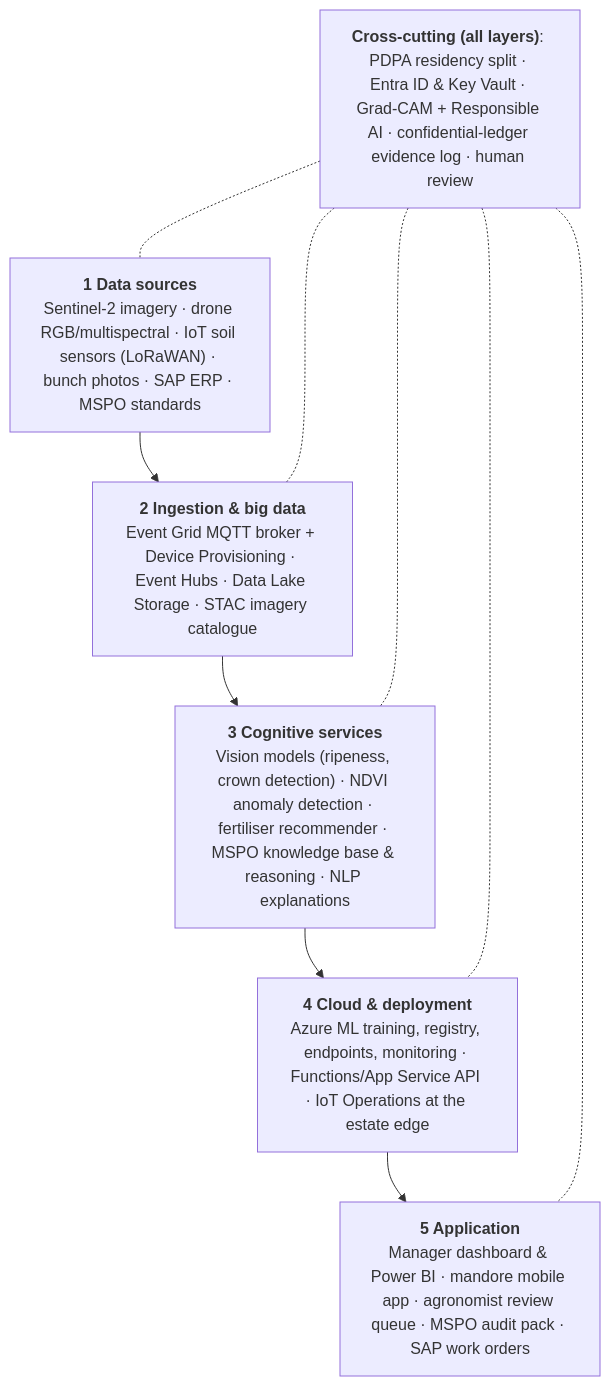
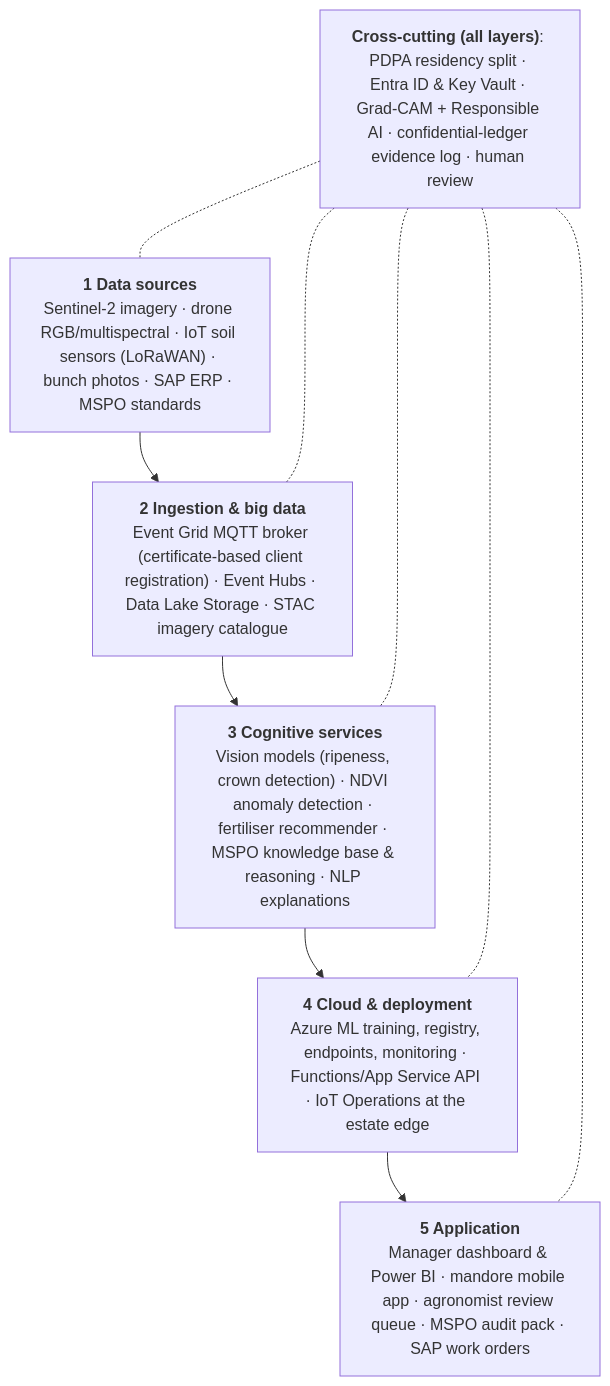
The diagram in 05_report/REPORT.md (finn1282/CCA), drawn with Mermaid before and after one commit. The commit also changed other lines of this file and 3 other files, not shown here.

````diff
--- a/05_report/REPORT.md
+++ b/05_report/REPORT.md
@@ -152,11 +150,11 @@
 ```mermaid
 flowchart TB
   L1["<b>1 Data sources</b><br/>Sentinel-2 imagery · drone RGB/multispectral · IoT soil sensors (LoRaWAN) · bunch photos · SAP ERP · MSPO standards"]
-  L2["<b>2 Ingestion & big data</b><br/>Event Grid MQTT broker + Device Provisioning · Event Hubs · Data Lake Storage · STAC imagery catalogue"]
+  L2["<b>2 Ingestion & big data</b><br/>Event Grid MQTT broker (certificate-based client registration) · Event Hubs · Data Lake Storage · STAC imagery catalogue"]
   L3["<b>3 Cognitive services</b><br/>Vision models (ripeness, crown detection) · NDVI anomaly detection · fertiliser recommender · MSPO knowledge base & reasoning · NLP explanations"]
   L4["<b>4 Cloud & deployment</b><br/>Azure ML training, registry, endpoints, monitoring · Functions/App Service API · IoT Operations at the estate edge"]
   L5["<b>5 Application</b><br/>Manager dashboard & Power BI · mandore mobile app · agronomist review queue · MSPO audit pack · SAP work orders"]
   L1 --> L2 --> L3 --> L4 --> L5
   X["<b>Cross-cutting (all layers)</b>: PDPA residency split · Entra ID & Key Vault · Grad-CAM + Responsible AI · confidential-ledger evidence log · human review"]
   X -.- L1 & L2 & L3 & L4 & L5
 ```
````
